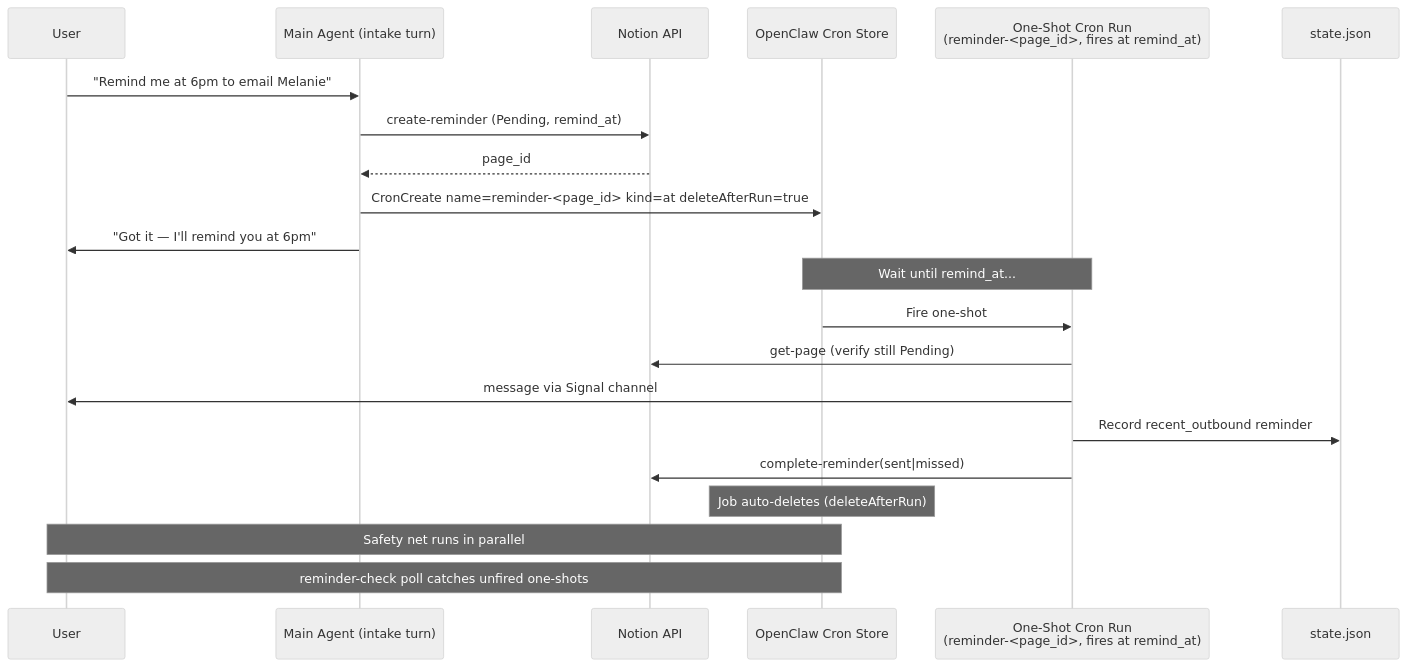
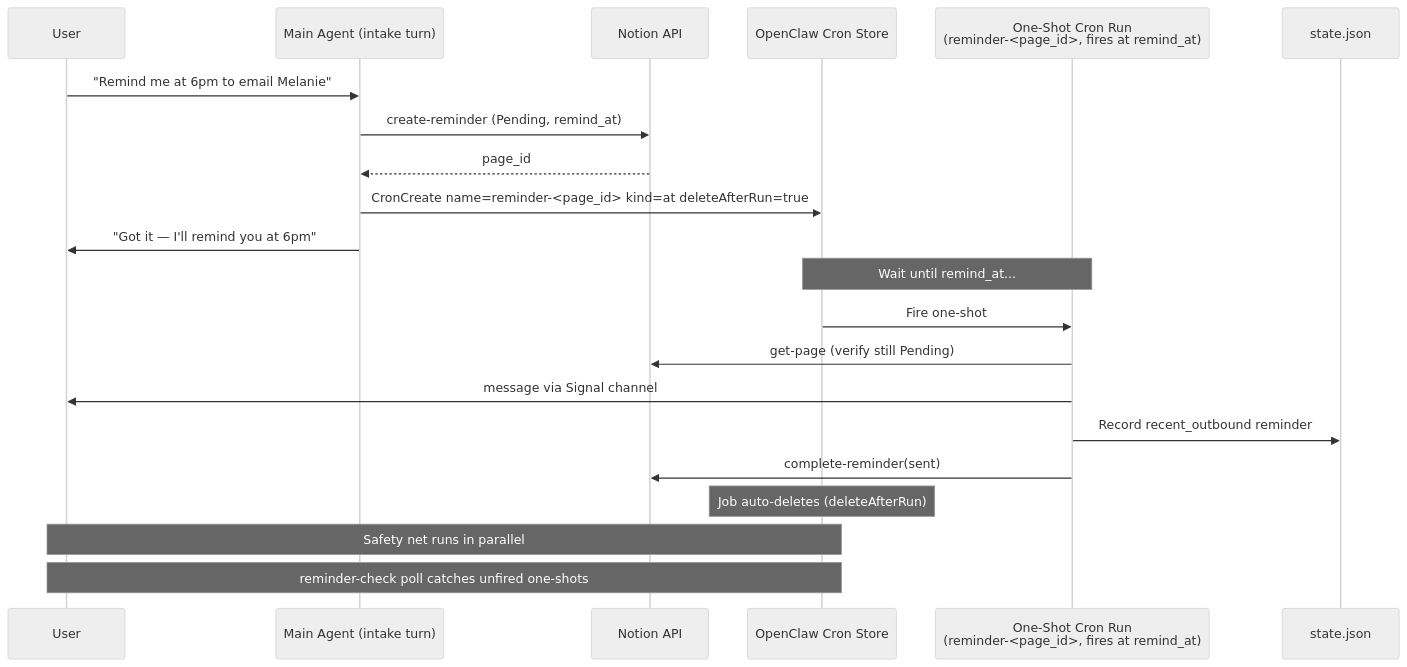
One commit to NickBorgersProbably/hide-my-list changed the fifth of 6 diagrams in docs/architecture.md. Above: the diagram before and after it, drawn with Mermaid (neutral theme). The commit also changed other lines of this file and 12 other files, not shown here.

Commit message:
Remove missed reminder framing

````diff
--- a/docs/architecture.md
+++ b/docs/architecture.md
@@ -202,27 +202,27 @@
 ```mermaid
 sequenceDiagram
     participant User
     participant Main as Main Agent (intake turn)
     participant Notion as Notion API
     participant Cron as OpenClaw Cron Store
     participant OneShot as One-Shot Cron Run<br/>(reminder-<page_id>, fires at remind_at)
     participant State as state.json
 
     User->>Main: "Remind me at 6pm to email Melanie"
     Main->>Notion: create-reminder (Pending, remind_at)
     Notion-->>Main: page_id
     Main->>Cron: CronCreate name=reminder-<page_id> kind=at deleteAfterRun=true
     Main->>User: "Got it — I'll remind you at 6pm"
 
     Note over Cron,OneShot: Wait until remind_at...
 
     Cron->>OneShot: Fire one-shot
     OneShot->>Notion: get-page (verify still Pending)
     OneShot->>User: message via Signal channel
     OneShot->>State: Record recent_outbound reminder
-    OneShot->>Notion: complete-reminder(sent|missed)
+    OneShot->>Notion: complete-reminder(sent)
     Note over Cron: Job auto-deletes (deleteAfterRun)
 
     Note over Cron,User: Safety net runs in parallel
     Note over Cron,User: reminder-check poll catches unfired one-shots
 ```
````
